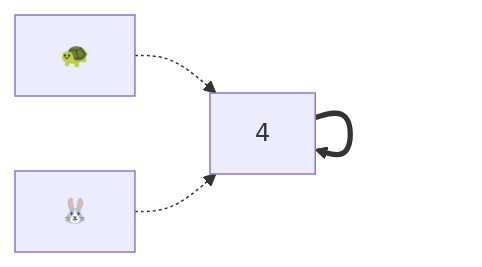
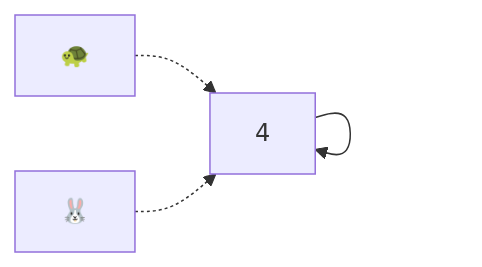
The seventh of 13 diagrams in _posts/2026-02-15-nuralagus-rex.md (raganwald/raganwald.github.com), drawn with Mermaid before and after one commit. The commit also changed other lines of this file, not shown here.

```diff
--- a/_posts/2026-02-15-nuralagus-rex.md
+++ b/_posts/2026-02-15-nuralagus-rex.md
@@ -158,11 +158,11 @@
 <div class="mermaid">
   graph LR
 
     tortoise2["🐢"]
     hare2["🐰"]
     a["4"]
 
-    a==>a
+    a-->a
     tortoise2-.->a
     hare2-.->a
 </div>
```
